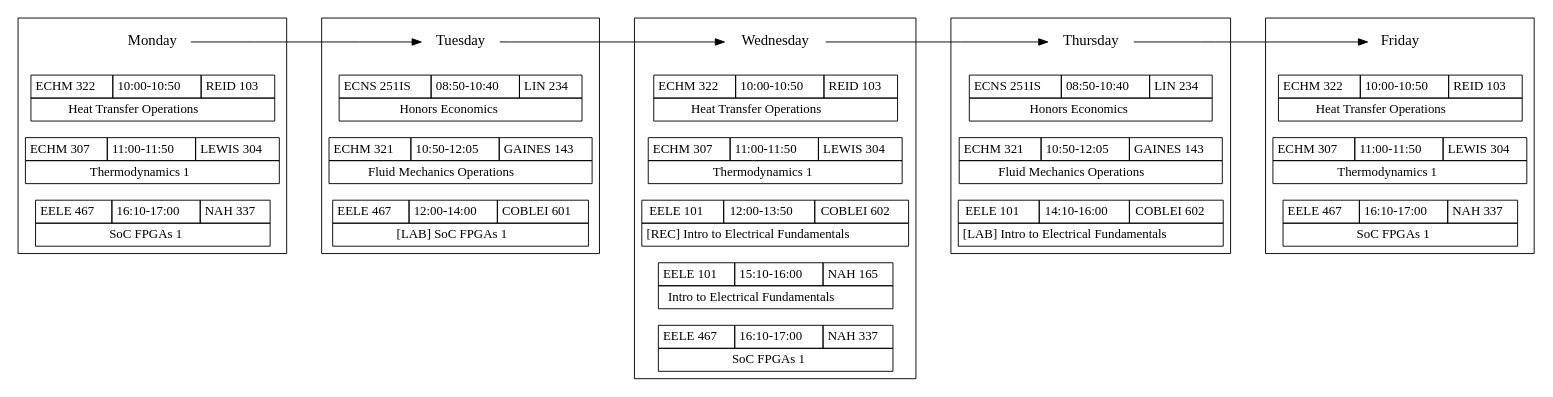
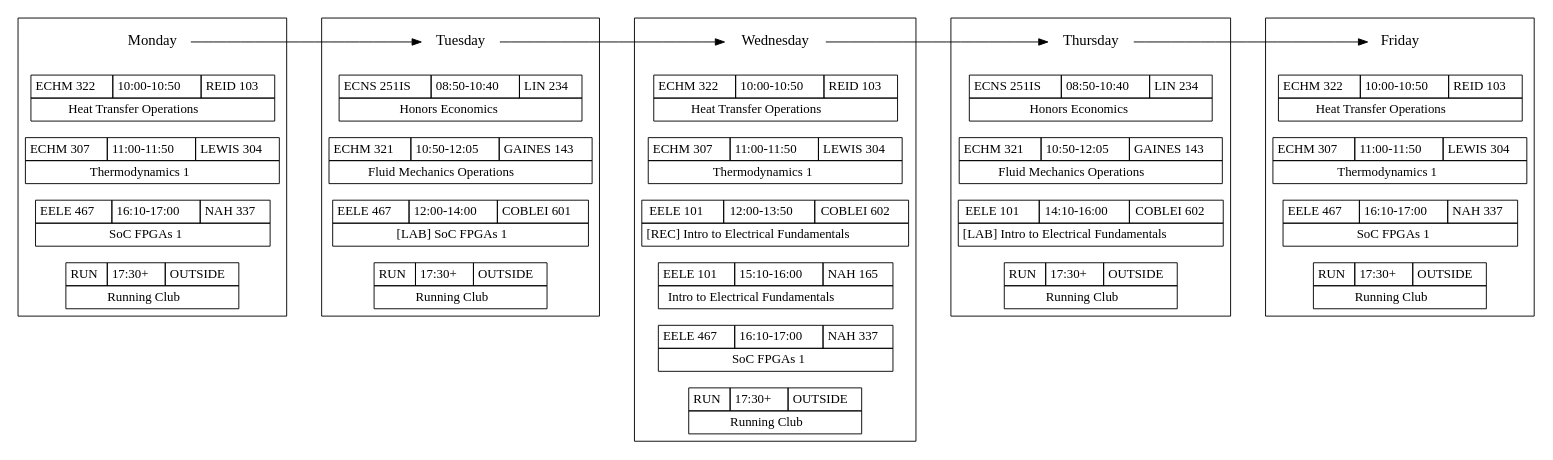
One commit to w-culhane/schedule-flowchart changed the diagram in schedule_3-junior-sem-1-fall.gv. Above: the diagram before and after it, drawn with Graphviz.

Commit message:
Add running club

```diff
--- a/schedule_3-junior-sem-1-fall.gv
+++ b/schedule_3-junior-sem-1-fall.gv
@@ -7,7 +7,7 @@
     }
 
     {node [shape=none, margin=0]
-        subgraph clustermonday { rank = same; "Monday"; "ECHM322-m"; "ECHM307-m"; "EELE467-m"; }
+        subgraph clustermonday { rank = same; "Monday"; "ECHM322-m"; "ECHM307-m"; "EELE467-m"; "RUN-m"; }
     }
 
     "ECHM322-m" [label=<
@@ -40,8 +40,18 @@
     <TR><TD COLSPAN="3">SoC FPGAs 1</TD></TR>
     </TABLE>>];
 
+    "RUN-m" [label=<
+    <TABLE BORDER="0" CELLBORDER="1" CELLSPACING="0" CELLPADDING="4">
+    <TR>
+    <TD>RUN</TD>
+    <TD>17:30+</TD>
+    <TD>OUTSIDE</TD>
+    </TR>
+    <TR><TD COLSPAN="3">Running Club</TD></TR>
+    </TABLE>>];
+
     {node [shape=none, margin=0]
-        subgraph clustertuesday { rank = same; "Tuesday"; "ECNS251IS-t"; "ECHM321-t"; "EELE467-t-lab"}
+        subgraph clustertuesday { rank = same; "Tuesday"; "ECNS251IS-t"; "ECHM321-t"; "EELE467-t-lab" "RUN-t"; }
     }
 
     "ECNS251IS-t" [label=<
@@ -74,8 +84,18 @@
     <TR><TD COLSPAN="3">[LAB] SoC FPGAs 1</TD></TR>
     </TABLE>>];
 
+    "RUN-t" [label=<
+    <TABLE BORDER="0" CELLBORDER="1" CELLSPACING="0" CELLPADDING="4">
+    <TR>
+    <TD>RUN</TD>
+    <TD>17:30+</TD>
+    <TD>OUTSIDE</TD>
+    </TR>
+    <TR><TD COLSPAN="3">Running Club</TD></TR>
+    </TABLE>>];
+
     {node [shape=none, margin=0]
-        subgraph clusterwednesday { rank = same; "Wednesday"; "ECHM322-w"; "ECHM307-w"; "EELE101-w-rec"; "EELE101-w"; "EELE467-w"; }
+        subgraph clusterwednesday { rank = same; "Wednesday"; "ECHM322-w"; "ECHM307-w"; "EELE101-w-rec"; "EELE101-w"; "EELE467-w"; "RUN-w"; }
     }
 
     "ECHM322-w" [label=<
@@ -128,8 +148,18 @@
     <TR><TD COLSPAN="3">SoC FPGAs 1</TD></TR>
     </TABLE>>];
 
+    "RUN-w" [label=<
+    <TABLE BORDER="0" CELLBORDER="1" CELLSPACING="0" CELLPADDING="4">
+    <TR>
+    <TD>RUN</TD>
+    <TD>17:30+</TD>
+    <TD>OUTSIDE</TD>
+    </TR>
+    <TR><TD COLSPAN="3">Running Club</TD></TR>
+    </TABLE>>];
+
     {node [shape=none, margin=0]
-        subgraph clusterthursday { rank = same; "Thursday"; "ECNS251IS-r"; "ECHM321-r"; "EELE101-r-lab"; }
+        subgraph clusterthursday { rank = same; "Thursday"; "ECNS251IS-r"; "ECHM321-r"; "EELE101-r-lab"; "RUN-r"; }
     }
 
     "ECNS251IS-r" [label=<
@@ -162,8 +192,18 @@
     <TR><TD COLSPAN="3">[LAB] Intro to Electrical Fundamentals</TD></TR>
     </TABLE>>];
 
+    "RUN-r" [label=<
+    <TABLE BORDER="0" CELLBORDER="1" CELLSPACING="0" CELLPADDING="4">
+    <TR>
+    <TD>RUN</TD>
+    <TD>17:30+</TD>
+    <TD>OUTSIDE</TD>
+    </TR>
+    <TR><TD COLSPAN="3">Running Club</TD></TR>
+    </TABLE>>];
+
     {node [shape=none, margin=0]
-        subgraph clusterfriday { rank = same; "Friday"; "ECHM322-f"; "ECHM307-f"; "EELE467-f"; }
+        subgraph clusterfriday { rank = same; "Friday"; "ECHM322-f"; "ECHM307-f"; "EELE467-f"; "RUN-f"; }
     }
 
     "ECHM322-f" [label=<
@@ -195,4 +235,14 @@
     </TR>
     <TR><TD COLSPAN="3">SoC FPGAs 1</TD></TR>
     </TABLE>>];
+
+    "RUN-f" [label=<
+    <TABLE BORDER="0" CELLBORDER="1" CELLSPACING="0" CELLPADDING="4">
+    <TR>
+    <TD>RUN</TD>
+    <TD>17:30+</TD>
+    <TD>OUTSIDE</TD>
+    </TR>
+    <TR><TD COLSPAN="3">Running Club</TD></TR>
+    </TABLE>>];
 }
```
